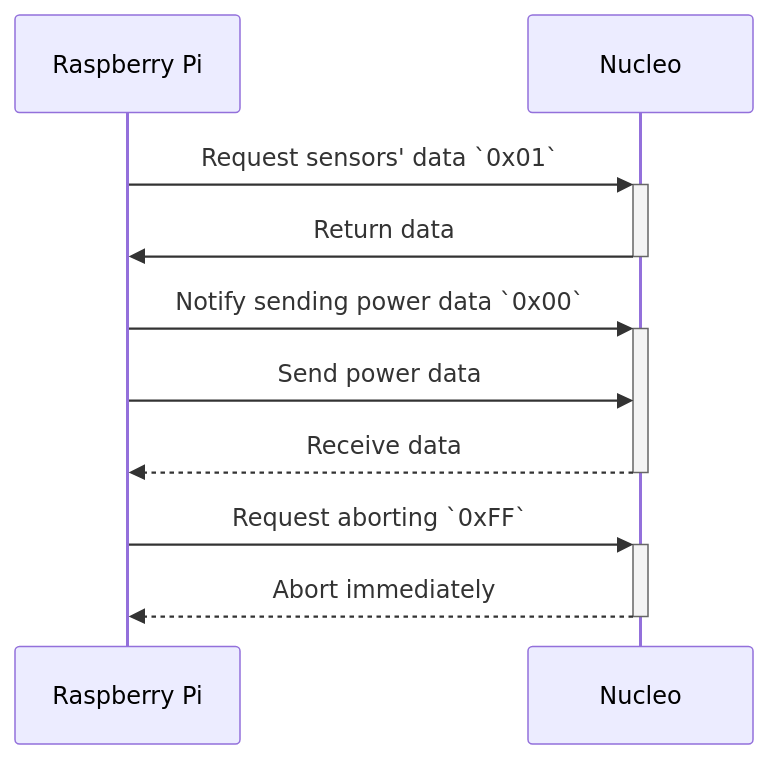
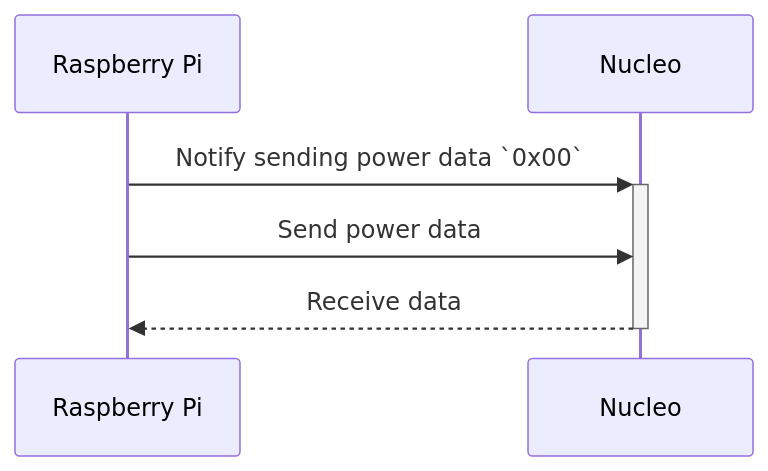
Before and after one commit to rogy-AquaLab/2024_umiusi_nucleo: the second of 6 diagrams in README.md, drawn with Mermaid. The commit also changed other lines of this file, not shown here.

Commit message:
:pencil: Update communication schema in README

````diff
--- a/README.md
+++ b/README.md
@@ -7,15 +15,8 @@
 ```mermaid
 sequenceDiagram
     participant RPi as Raspberry Pi
     participant N as Nucleo
-
-    RPi ->>+ N: Request sensors' data `0x01`
-    N ->>- RPi: Return data
-
     RPi ->>+ N: Notify sending power data `0x00`
-    RPi ->>  N: Send power data
+    RPi ->> N: Send power data
     N -->>- RPi: Receive data
-
-    RPi ->>+ N: Request aborting `0xFF`
-    N -->>- RPi: Abort immediately
 ```
````
